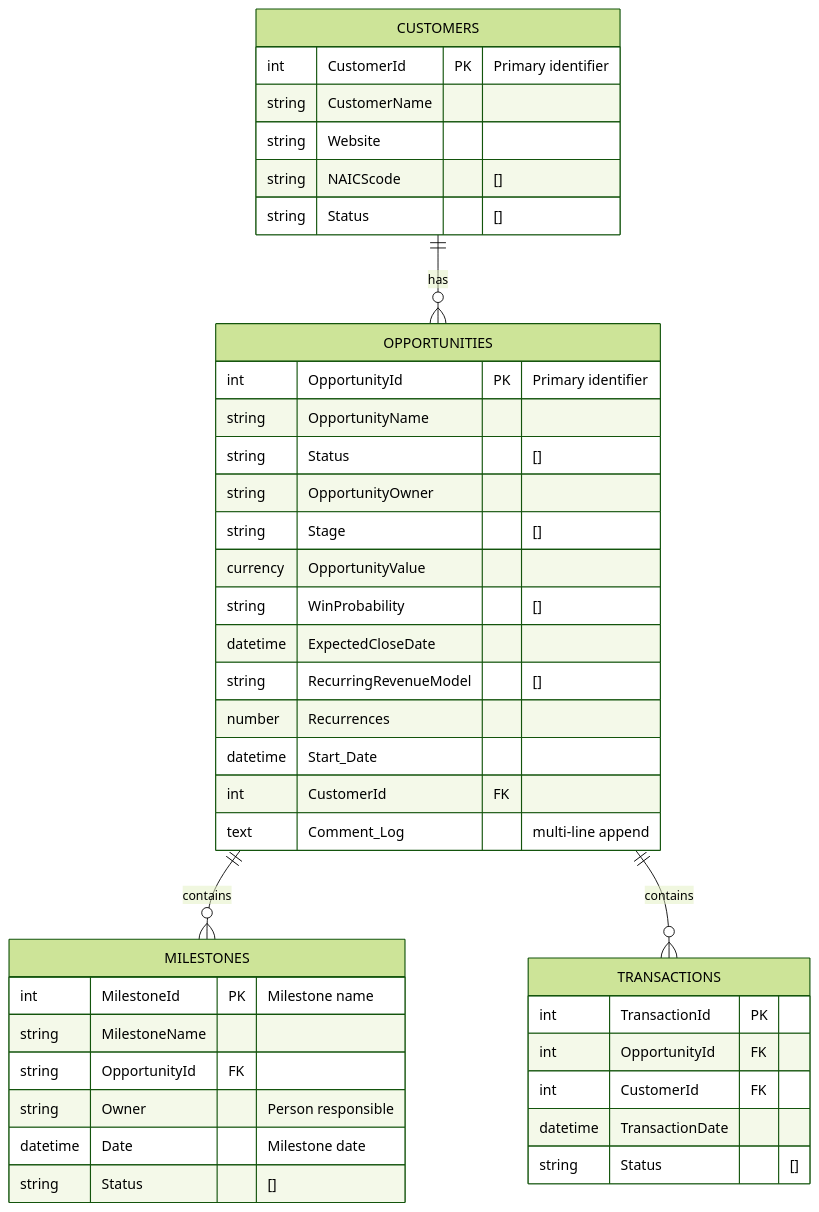
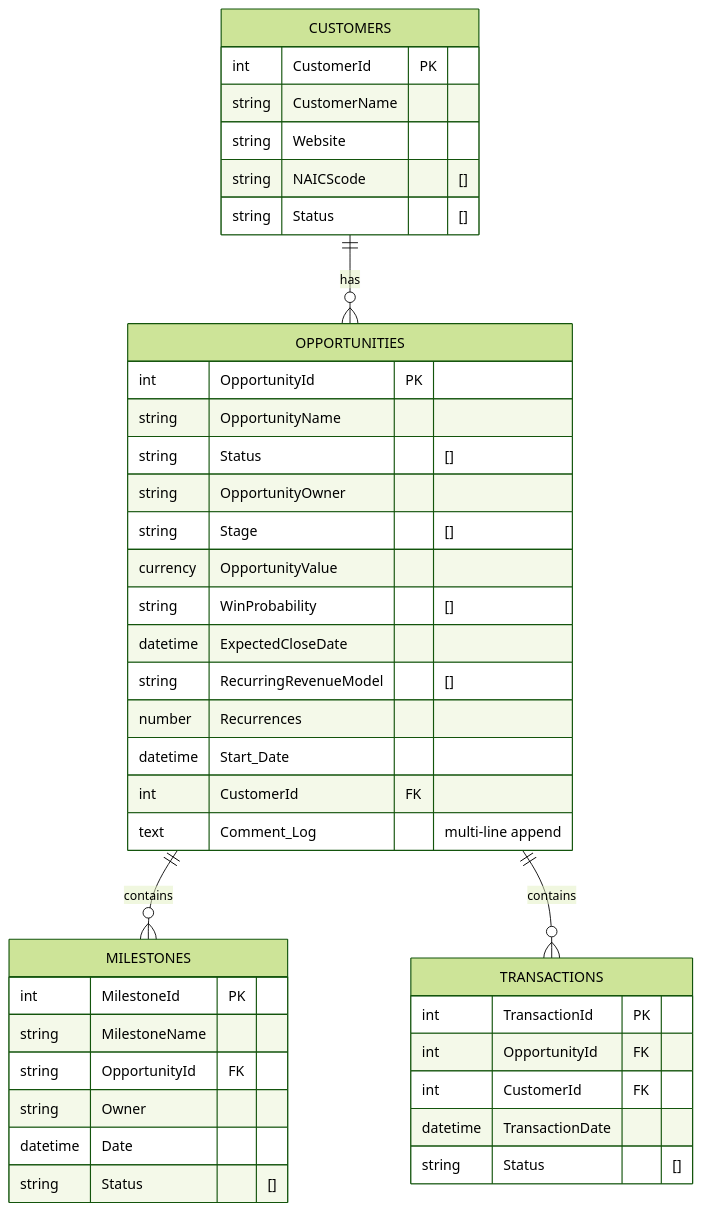
One commit to pgaljan/funneler changed the second of 2 diagrams in docs/code-guide.md. Above: the diagram before and after it, drawn with Mermaid (forest theme). The commit also changed other lines of this file, not shown here.

````diff
--- a/docs/code-guide.md
+++ b/docs/code-guide.md
@@ -43,48 +116,48 @@
 ```mermaid
 erDiagram
     CUSTOMERS ||--o{ OPPORTUNITIES : "has"
     OPPORTUNITIES ||--o{ MILESTONES : "contains"
     OPPORTUNITIES ||--o{ TRANSACTIONS : "contains"
     
     CUSTOMERS {
-        int CustomerId PK "Primary identifier"
+        int CustomerId PK 
         string CustomerName 
         string Website
         string NAICScode "[]"
         string Status "[]"
     }
     
     OPPORTUNITIES {
-        int OpportunityId PK "Primary identifier"
+        int OpportunityId PK 
         string OpportunityName 
         string Status "[]"
         string OpportunityOwner
         string Stage "[]"
         currency OpportunityValue
         string WinProbability "[]"
         datetime ExpectedCloseDate
         string RecurringRevenueModel "[]"
         number Recurrences
         datetime Start_Date
         int CustomerId FK 
         text Comment_Log "multi-line append" 
     }
     
     MILESTONES {
-        int MilestoneId PK "Milestone name"
+        int MilestoneId PK 
         string MilestoneName
         string OpportunityId FK 
-        string Owner "Person responsible"
-        datetime Date "Milestone date"
+        string Owner 
+        datetime Date
         string Status "[]"
     }
 
     TRANSACTIONS {
         int TransactionId PK 
         int OpportunityId FK
         int CustomerId FK
         datetime TransactionDate 
         string Status "[]"
     }
 
 ```
````
